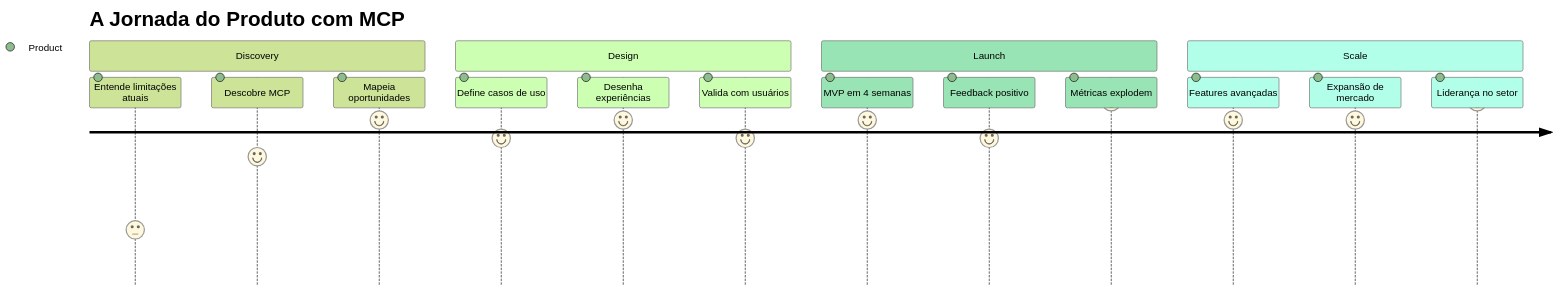
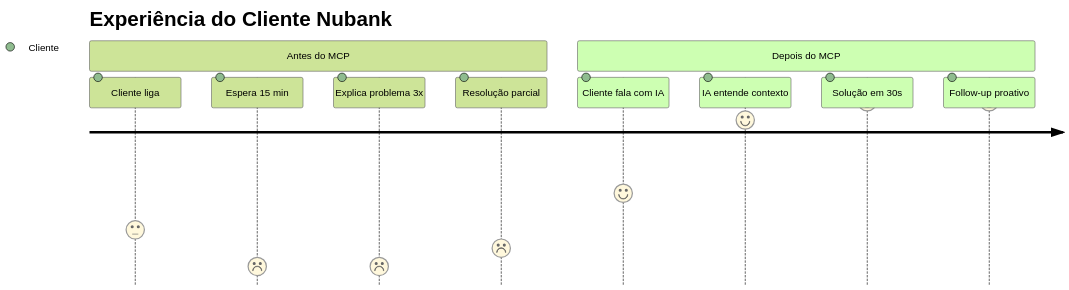
Before and after one commit to felipepimentel/my-public-notes: the sixth of 25 diagrams in AI/Comunicação/MCP/00-mcp-presentation-product.md, drawn with Mermaid (forest theme). The commit also changed other lines of this file, not shown here.

````diff
--- a/AI/Comunicação/MCP/00-mcp-presentation-product.md
+++ b/AI/Comunicação/MCP/00-mcp-presentation-product.md
@@ -127,20 +137,14 @@
 ```mermaid
 journey
-    title A Jornada do Produto com MCP
-    section Discovery
-      Entende limitações atuais: 3: Product
-      Descobre MCP: 7: Product
-      Mapeia oportunidades: 9: Product
-    section Design
-      Define casos de uso: 8: Product
-      Desenha experiências: 9: Product
-      Valida com usuários: 8: Product
-    section Launch
-      MVP em 4 semanas: 9: Product
-      Feedback positivo: 8: Product
-      Métricas explodem: 10: Product
-    section Scale
-      Features avançadas: 9: Product
-      Expansão de mercado: 9: Product
-      Liderança no setor: 10: Product
+    title Experiência do Cliente Nubank
+    section Antes do MCP
+      Cliente liga: 3: Cliente
+      Espera 15 min: 1: Cliente
+      Explica problema 3x: 1: Cliente
+      Resolução parcial: 2: Cliente
+    section Depois do MCP
+      Cliente fala com IA: 5: Cliente
+      IA entende contexto: 9: Cliente
+      Solução em 30s: 10: Cliente
+      Follow-up proativo: 10: Cliente
 ```
````
